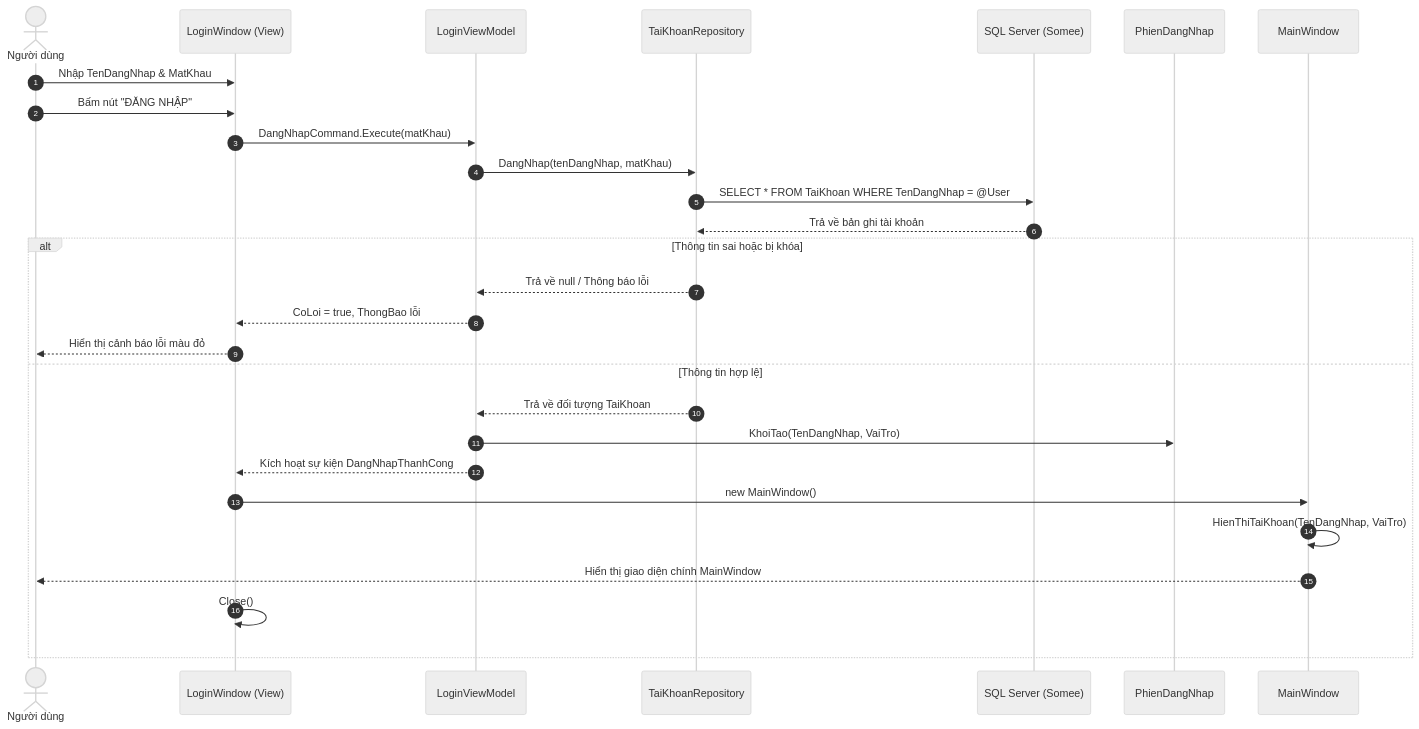
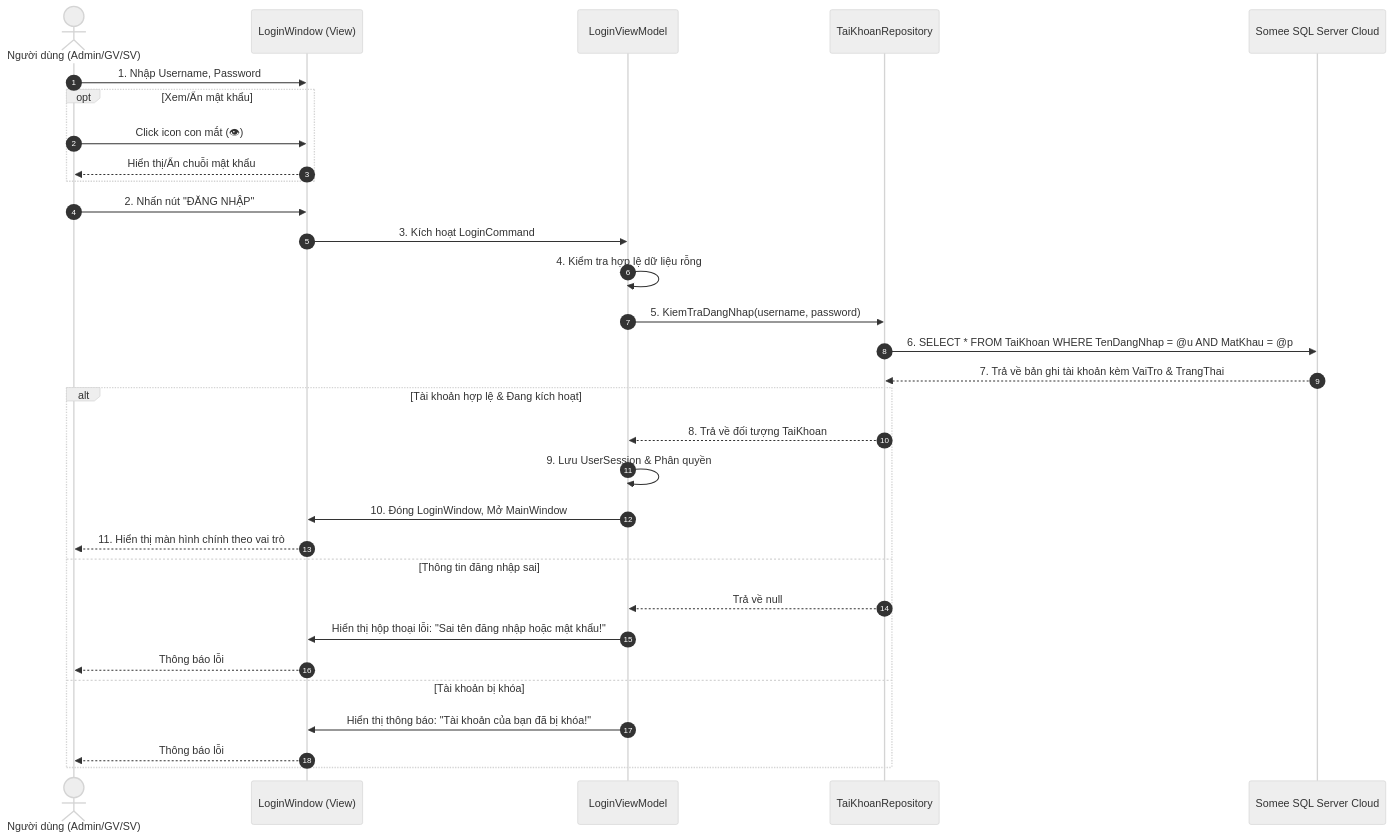
The tenth of 16 diagrams in BAO_CAO_BAI_TAP_LON_STUDENT_RESULT_ANALYTICS.md (ngthanhs1/STUDENT_RESULT_ANALYTICS), drawn with Mermaid (neutral theme) before and after one commit. The commit also changed other lines of this file and 4 other files, not shown here.

````diff
--- a/BAO_CAO_BAI_TAP_LON_STUDENT_RESULT_ANALYTICS.md
+++ b/BAO_CAO_BAI_TAP_LON_STUDENT_RESULT_ANALYTICS.md
@@ -513,31 +786,34 @@
 ```mermaid
 sequenceDiagram
     autonumber
-    actor User as Người dùng
+    actor User as Người dùng (Admin/GV/SV)
     participant View as LoginWindow (View)
     participant VM as LoginViewModel
     participant Repo as TaiKhoanRepository
-    participant DB as SQL Server (Somee)
-    participant Session as PhienDangNhap
-    participant Main as MainWindow
+    participant DB as Somee SQL Server Cloud
 
-    User->>View: Nhập TenDangNhap & MatKhau
-    User->>View: Bấm nút "ĐĂNG NHẬP"
-    View->>VM: DangNhapCommand.Execute(matKhau)
-    VM->>Repo: DangNhap(tenDangNhap, matKhau)
-    Repo->>DB: SELECT * FROM TaiKhoan WHERE TenDangNhap = @User
-    DB-->>Repo: Trả về bản ghi tài khoản
-    alt Thông tin sai hoặc bị khóa
-        Repo-->>VM: Trả về null / Thông báo lỗi
-        VM-->>View: CoLoi = true, ThongBao lỗi
-        View-->>User: Hiển thị cảnh báo lỗi màu đỏ
-    else Thông tin hợp lệ
-        Repo-->>VM: Trả về đối tượng TaiKhoan
-        VM->>Session: KhoiTao(TenDangNhap, VaiTro)
-        VM-->>View: Kích hoạt sự kiện DangNhapThanhCong
-        View->>Main: new MainWindow()
-        Main->>Main: HienThiTaiKhoan(TenDangNhap, VaiTro)
-        Main-->>User: Hiển thị giao diện chính MainWindow
-        View->>View: Close()
+    User->>View: 1. Nhập Username, Password
+    opt Xem/Ẩn mật khẩu
+        User->>View: Click icon con mắt (👁)
+        View-->>User: Hiển thị/Ẩn chuỗi mật khẩu
+    end
+    User->>View: 2. Nhấn nút "ĐĂNG NHẬP"
+    View->>VM: 3. Kích hoạt LoginCommand
+    VM->>VM: 4. Kiểm tra hợp lệ dữ liệu rỗng
+    VM->>Repo: 5. KiemTraDangNhap(username, password)
+    Repo->>DB: 6. SELECT * FROM TaiKhoan WHERE TenDangNhap = @u AND MatKhau = @p
+    DB-->>Repo: 7. Trả về bản ghi tài khoản kèm VaiTro & TrangThai
+    alt Tài khoản hợp lệ & Đang kích hoạt
+        Repo-->>VM: 8. Trả về đối tượng TaiKhoan
+        VM->>VM: 9. Lưu UserSession & Phân quyền
+        VM->>View: 10. Đóng LoginWindow, Mở MainWindow
+        View-->>User: 11. Hiển thị màn hình chính theo vai trò
+    else Thông tin đăng nhập sai
+        Repo-->>VM: Trả về null
+        VM->>View: Hiển thị hộp thoại lỗi: "Sai tên đăng nhập hoặc mật khẩu!"
+        View-->>User: Thông báo lỗi
+    else Tài khoản bị khóa
+        VM->>View: Hiển thị thông báo: "Tài khoản của bạn đã bị khóa!"
+        View-->>User: Thông báo lỗi
     end
 ```
````
